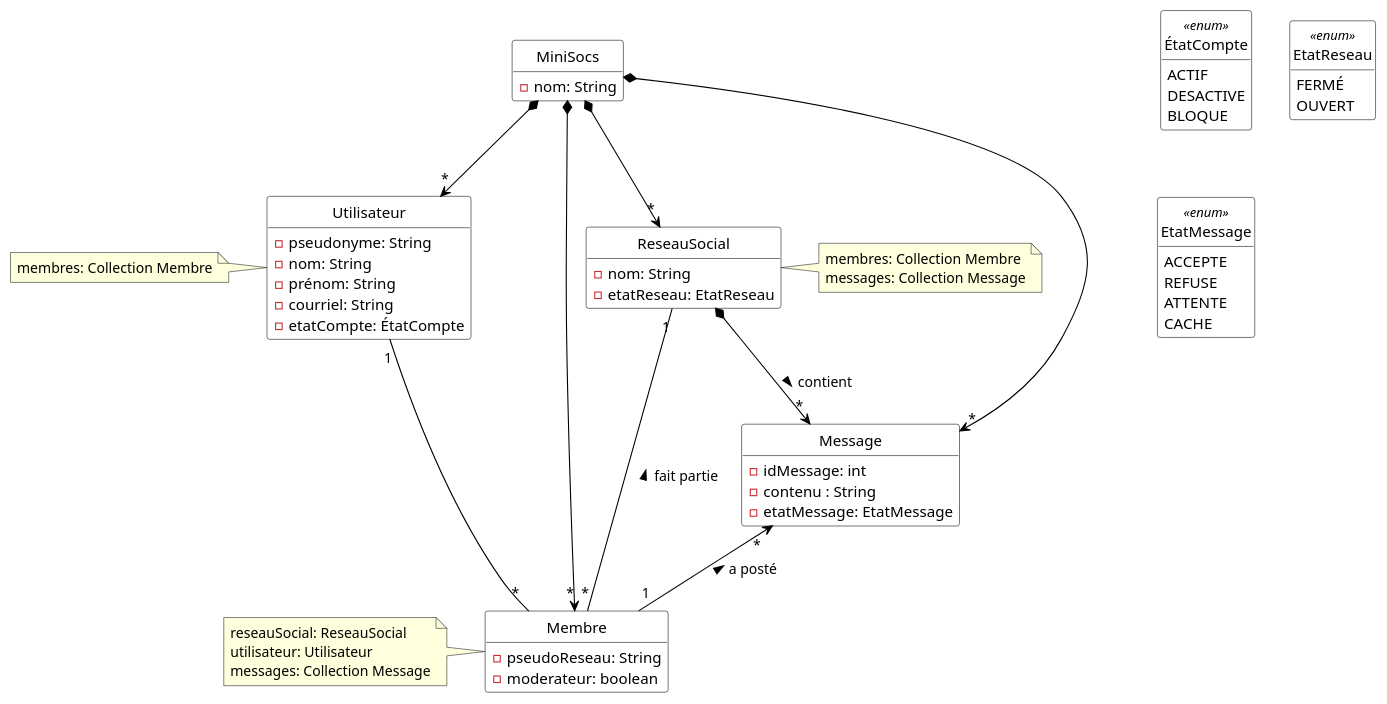
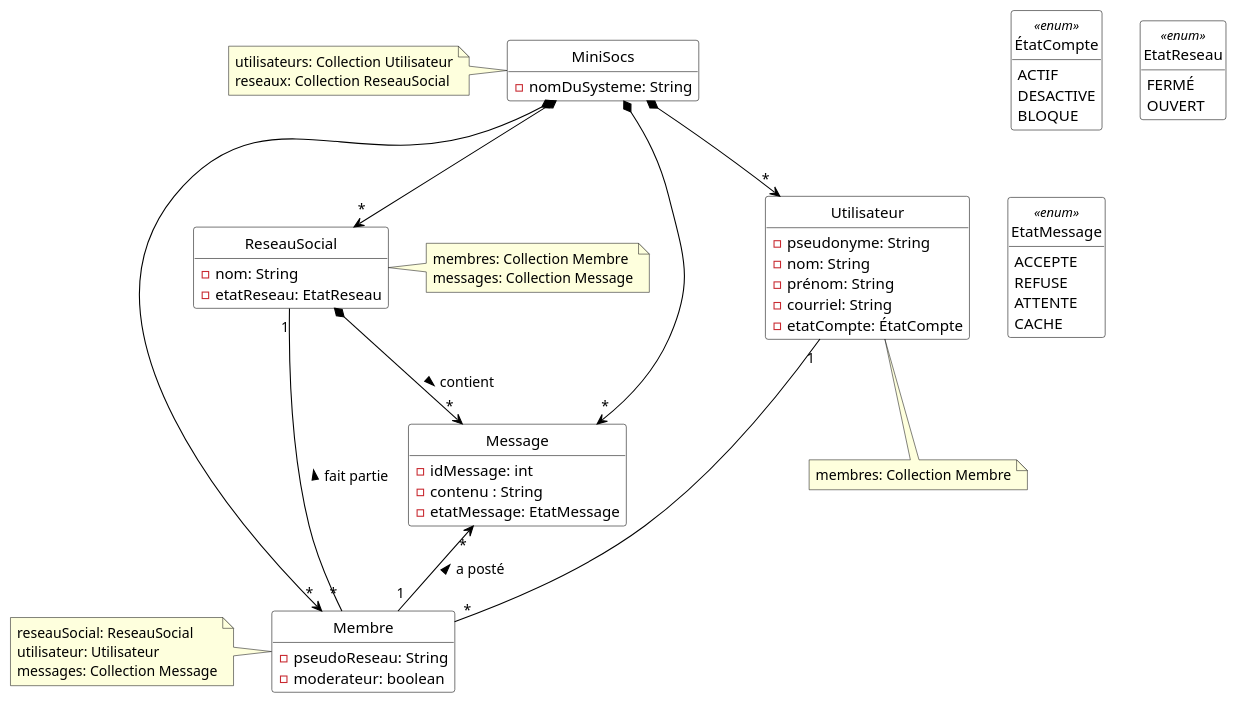
The diagram in Diagrammes/minisocs_uml_diag_classes_sans_notif.pu (ThELud0/Minisocs), drawn with PlantUML before and after one commit. The commit also changed 3 other files, not shown here.

Commit message:
coherence diagramme classe et ajout d'une methode stream

```diff
--- a/Diagrammes/minisocs_uml_diag_classes_sans_notif.pu
+++ b/Diagrammes/minisocs_uml_diag_classes_sans_notif.pu
@@ -1,76 +1,77 @@
 @startuml
 
 'Diagramme de classes (PlantUML)'
 
 'Configuration charte graphique'
 hide empty methods
 hide circle
 skinparam class {
   BackgroundColor White
   ArrowColor Black
   BorderColor Black
 }
 
 'Classes, énumérations, etc.'
 
 class MiniSocs {
-  - nom: String
+  - nomDuSysteme: String
 }
+note left of MiniSocs: utilisateurs: Collection Utilisateur\nreseaux: Collection ReseauSocial
+
 class Utilisateur {
   - pseudonyme: String
   - nom: String
   - prénom: String
   - courriel: String
   - etatCompte: ÉtatCompte
 }
-
-note left of Utilisateur: membres: Collection Membre
+note bottom of Utilisateur: membres: Collection Membre
 
 enum ÉtatCompte <<enum>> {
   ACTIF
   DESACTIVE
   BLOQUE
 }
 class Membre {
   - pseudoReseau: String
   - moderateur: boolean
 }
 
 note left of Membre: reseauSocial: ReseauSocial\nutilisateur: Utilisateur\nmessages: Collection Message
 
 
 class ReseauSocial {
   - nom: String
   - etatReseau: EtatReseau
 }
 
 note right of ReseauSocial: membres: Collection Membre\nmessages: Collection Message
 
 enum EtatReseau <<enum>> {
   FERMÉ
   OUVERT
 }
 class Message {
   - idMessage: int
   - contenu : String
   - etatMessage: EtatMessage
 }
 enum EtatMessage <<enum>> {
   ACCEPTE
   REFUSE
   ATTENTE
   CACHE
 }
 
 'Associations, etc.'
 MiniSocs *--> "*" Utilisateur
 MiniSocs *--> "*" Membre
 MiniSocs *--> "*" Message
 MiniSocs *--> "*" ReseauSocial
 Utilisateur "1" -- "*" Membre
 ReseauSocial "1" -- "*" Membre : < fait partie
 Message "*"<-- "1" Membre : < a posté
 ReseauSocial *--> "*" Message : > contient
 'Au besoin, aides pour le positionnement'
 
 @enduml
```
